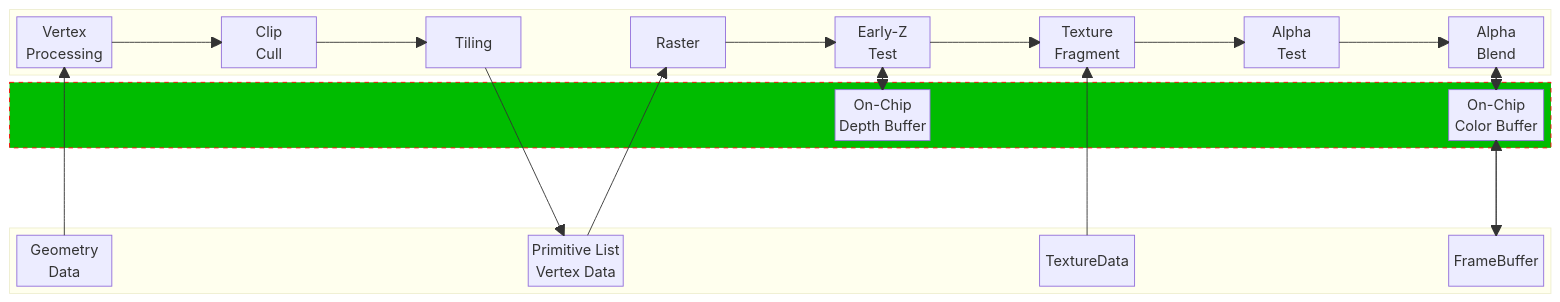
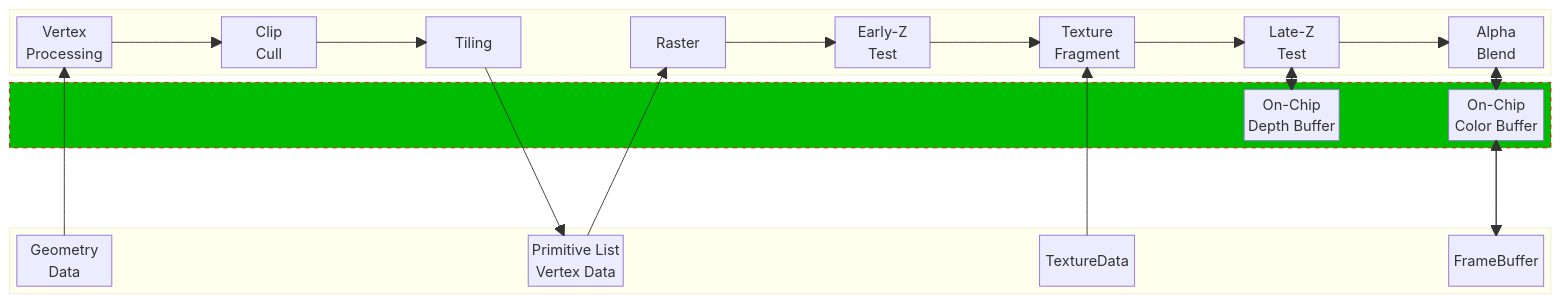
One commit to lucmann/lucmann.github.io changed the second of 2 diagrams in source/_posts/gfx/rtt.md. Above: the diagram before and after it, drawn with Mermaid. The commit also changed other lines of this file, not shown here.

Commit message:
gfx: GPU Framebuffer Memory: Understanding Tiling

````diff
--- a/source/_posts/gfx/rtt.md
+++ b/source/_posts/gfx/rtt.md
@@ -54,32 +54,32 @@
 ```mermaid
 block-beta
     columns 1
     block:pipeline
-        A["Vertex<br>Processing"] space B["Clip<br>Cull"] space C["Tiling"] space D["Raster"] space E["Early-Z<br>Test"] space F["Texture<br>Fragment"] space G["Alpha<br>Test"] space H["Alpha<br>Blend"]
+        A["Vertex<br>Processing"] space B["Clip<br>Cull"] space C["Tiling"] space D["Raster"] space E["Early-Z<br>Test"] space F["Texture<br>Fragment"] space G["Late-Z<br>Test"] space H["Alpha<br>Blend"]
         A --> B
         B --> C
         D --> E
         E --> F
         F --> G
         G --> H
     end
     block:onchip
-        space:8 ZC["On-Chip<br>Depth Buffer"] space:5 CC["On-Chip<br>Color Buffer"]
+        space:12 ZC["On-Chip<br>Depth Buffer"] space CC["On-Chip<br>Color Buffer"]
     end
     space
     block:vram
         VD["Geometry<br>Data"] space:4 PL["Primitive List<br>Vertex Data"] space:4 TD["Texture<data>Data"] space:3 FB["FrameBuffer"]
     end
     VD --> A
     C --> PL
     PL --> D
     TD --> F
-    E --> ZC
-    ZC --> E
+    G --> ZC
+    ZC --> G
     H --> CC
     CC --> H
     CC --> FB
     FB --> CC
 
     style onchip   fill:#00bc00,stroke:#ff0000,stroke-dasharray:5 5
 ```
````
